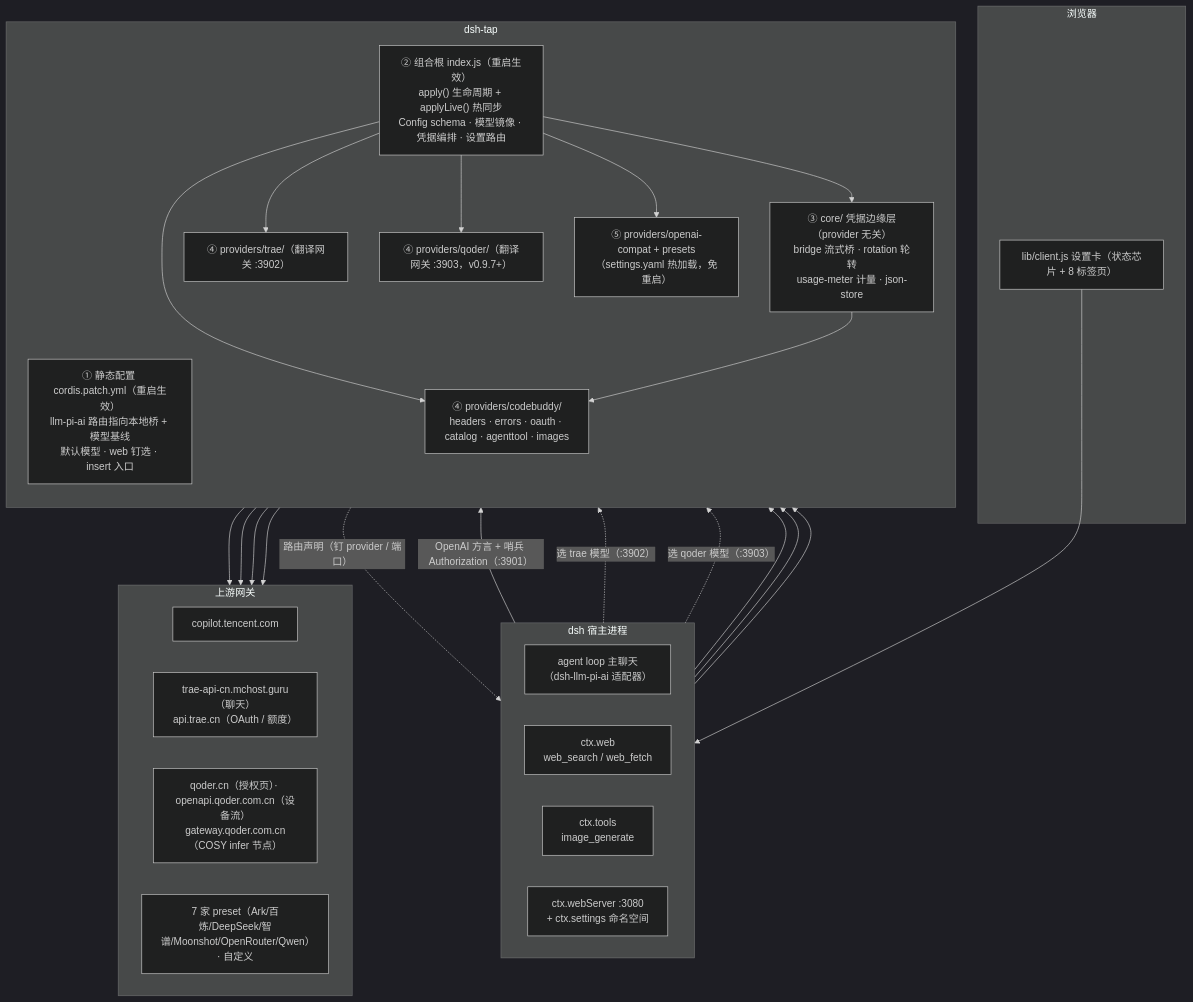
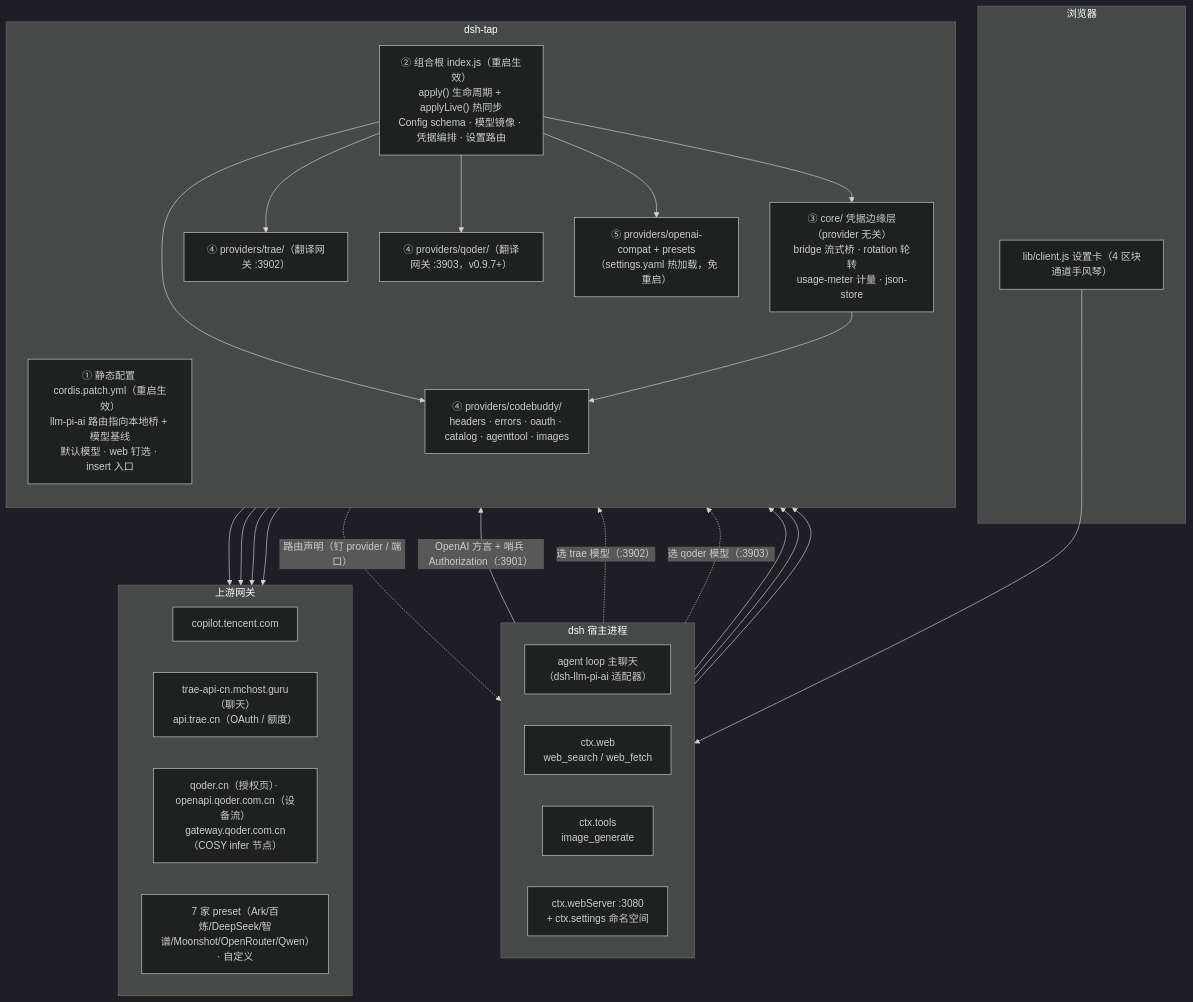
One commit to taikaikaikai-pixel/dsh-codebuddy-plugin changed the first of 5 diagrams in wiki/01-architecture.md. Above: the diagram before and after it, drawn with Mermaid (dark theme). The commit also changed other lines of this file and 12 other files, not shown here.

````diff
--- a/wiki/01-architecture.md
+++ b/wiki/01-architecture.md
@@ -22,52 +22,52 @@
 ```mermaid
 flowchart TB
     subgraph HOST["dsh 宿主进程"]
         direction LR
         H1["agent loop 主聊天<br/>（dsh-llm-pi-ai 适配器）"]
         H2["ctx.web<br/>web_search / web_fetch"]
         H3["ctx.tools<br/>image_generate"]
         H4["ctx.webServer :3080<br/>+ ctx.settings 命名空间"]
     end
 
     subgraph BROWSER["浏览器"]
-        CARD["lib/client.js 设置卡（状态芯片 + 8 标签页）"]
+        CARD["lib/client.js 设置卡（4 区块通道手风琴）"]
     end
 
     subgraph PLUGIN["dsh-tap"]
         direction TB
         L1["① 静态配置 cordis.patch.yml（重启生效）<br/>llm-pi-ai 路由指向本地桥 + 模型基线<br/>默认模型 · web 钉选 · insert 入口"]
         L2["② 组合根 index.js（重启生效）<br/>apply() 生命周期 + applyLive() 热同步<br/>Config schema · 模型镜像 · 凭据编排 · 设置路由"]
         L3["③ core/ 凭据边缘层（provider 无关）<br/>bridge 流式桥 · rotation 轮转<br/>usage-meter 计量 · json-store"]
         L41["④ providers/codebuddy/<br/>headers · errors · oauth · catalog · agenttool · images"]
         L42["④ providers/trae/（翻译网关 :3902）"]
         L44["④ providers/qoder/（翻译网关 :3903，v0.9.7+）"]
         L43["⑤ providers/openai-compat + presets<br/>（settings.yaml 热加载，免重启）"]
     end
 
     subgraph GW["上游网关"]
         direction LR
         G1["copilot.tencent.com"]
         G2["trae-api-cn.mchost.guru（聊天）<br/>api.trae.cn（OAuth / 额度）"]
         G4["qoder.cn（授权页）· openapi.qoder.com.cn（设备流）<br/>gateway.qoder.com.cn（COSY infer 节点）"]
         G3["7 家 preset（Ark/百炼/DeepSeek/智谱/Moonshot/OpenRouter/Qwen）· 自定义"]
     end
 
     H1 -->|"OpenAI 方言 + 哨兵 Authorization（:3901）"| L3
     H1 -.->|"选 trae 模型（:3902）"| L42
     H1 -.->|"选 qoder 模型（:3903）"| L44
     H2 --> L41
     H3 --> L41
     H4 --> L2
     CARD --> H4
     L1 -.->|"路由声明（钉 provider / 端口）"| H1
     L2 --> L3
     L2 --> L41
     L2 --> L42
     L2 --> L44
     L2 --> L43
     L3 --> L41
     L41 --> G1
     L42 --> G2
     L44 --> G4
     L43 --> G3
 ```
````
